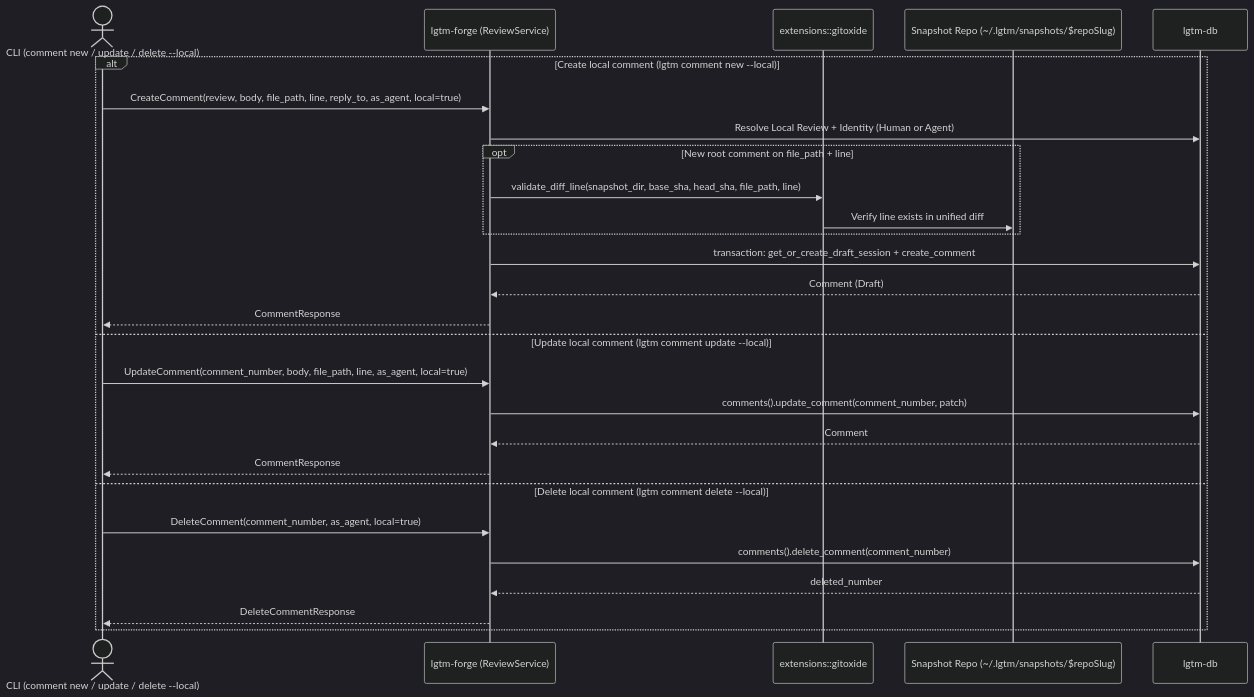
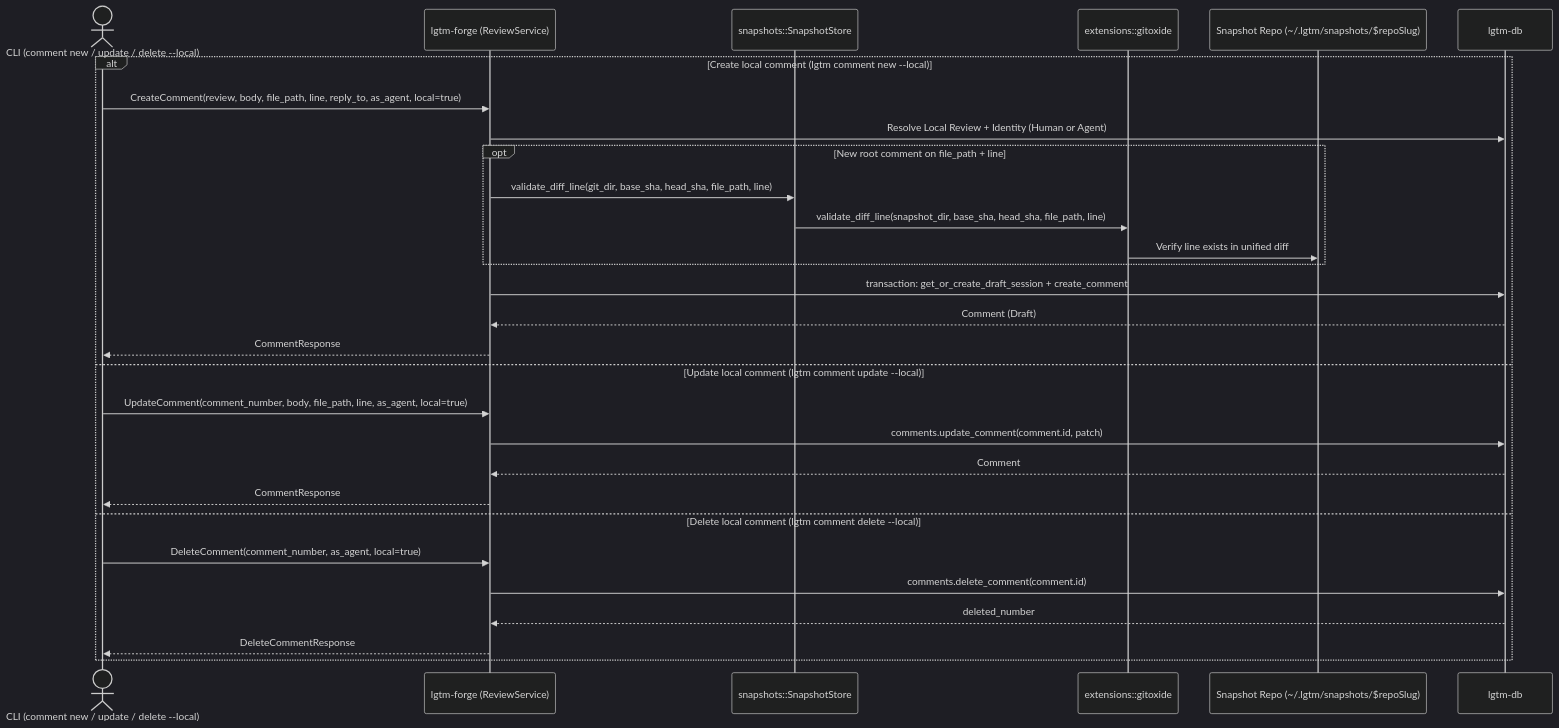
Before and after one commit to difflab-io/lgtm: the eighth of 11 diagrams in docs/architecture/forge/index.md, drawn with Mermaid (dark theme). The commit also changed other lines of this file and 20 other files, not shown here.

Commit message:
chore: rename backend doc and e2e dirs to forge and add git util TODOs

````diff
--- a/docs/architecture/forge/index.md
+++ b/docs/architecture/forge/index.md
@@ -425,30 +444,32 @@
 ```mermaid
 sequenceDiagram
     actor Caller as CLI (comment new / update / delete --local)
-    participant Forge as lgtm-forge (ReviewService)
+    participant Service as lgtm-forge (ReviewService)
+    participant SnapStore as snapshots::SnapshotStore
     participant Gix as extensions::gitoxide
     participant Snapshot as Snapshot Repo (~/.lgtm/snapshots/$repoSlug)
     participant DB as lgtm-db
 
     alt Create local comment (lgtm comment new --local)
-        Caller->>Forge: CreateComment(review, body, file_path, line, reply_to, as_agent, local=true)
-        Forge->>DB: Resolve Local Review + Identity (Human or Agent)
+        Caller->>Service: CreateComment(review, body, file_path, line, reply_to, as_agent, local=true)
+        Service->>DB: Resolve Local Review + Identity (Human or Agent)
         opt New root comment on file_path + line
-            Forge->>Gix: validate_diff_line(snapshot_dir, base_sha, head_sha, file_path, line)
+            Service->>SnapStore: validate_diff_line(git_dir, base_sha, head_sha, file_path, line)
+            SnapStore->>Gix: validate_diff_line(snapshot_dir, base_sha, head_sha, file_path, line)
             Gix->>Snapshot: Verify line exists in unified diff
         end
-        Forge->>DB: transaction: get_or_create_draft_session + create_comment
-        DB-->>Forge: Comment (Draft)
-        Forge-->>Caller: CommentResponse
+        Service->>DB: transaction: get_or_create_draft_session + create_comment
+        DB-->>Service: Comment (Draft)
+        Service-->>Caller: CommentResponse
     else Update local comment (lgtm comment update --local)
-        Caller->>Forge: UpdateComment(comment_number, body, file_path, line, as_agent, local=true)
-        Forge->>DB: comments().update_comment(comment_number, patch)
-        DB-->>Forge: Comment
-        Forge-->>Caller: CommentResponse
+        Caller->>Service: UpdateComment(comment_number, body, file_path, line, as_agent, local=true)
+        Service->>DB: comments.update_comment(comment.id, patch)
+        DB-->>Service: Comment
+        Service-->>Caller: CommentResponse
     else Delete local comment (lgtm comment delete --local)
-        Caller->>Forge: DeleteComment(comment_number, as_agent, local=true)
-        Forge->>DB: comments().delete_comment(comment_number)
-        DB-->>Forge: deleted_number
-        Forge-->>Caller: DeleteCommentResponse
+        Caller->>Service: DeleteComment(comment_number, as_agent, local=true)
+        Service->>DB: comments.delete_comment(comment.id)
+        DB-->>Service: deleted_number
+        Service-->>Caller: DeleteCommentResponse
     end
 ```
````
